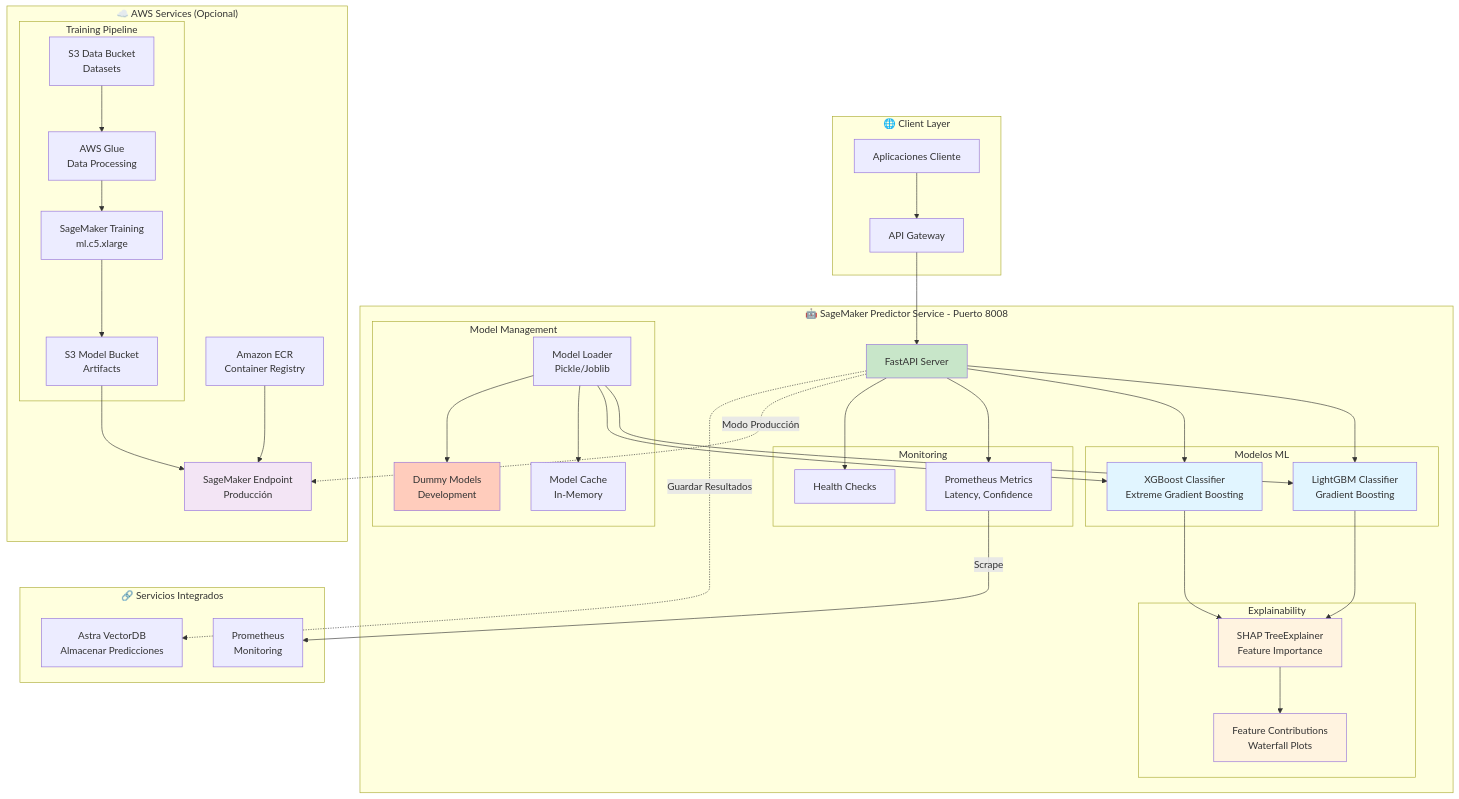
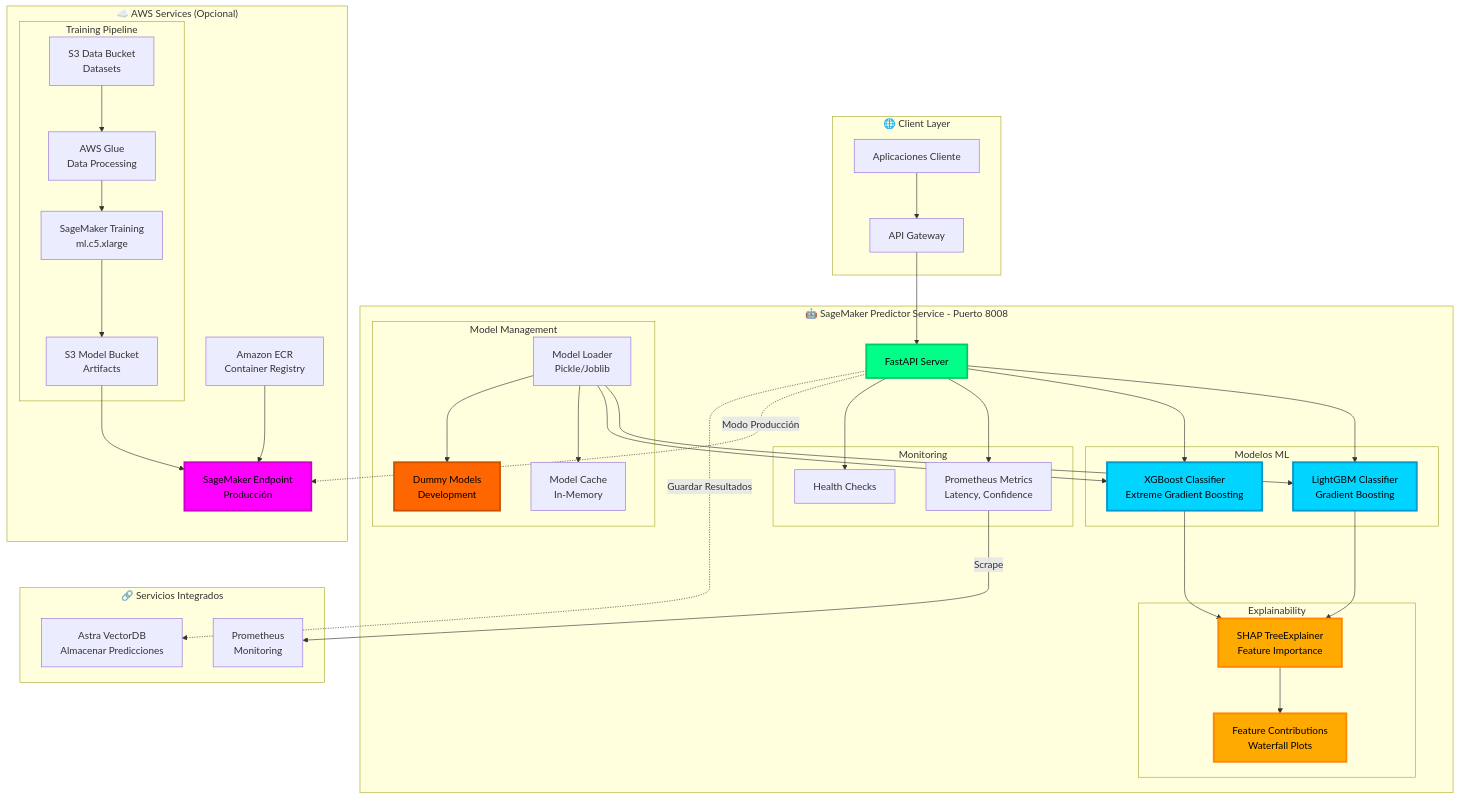
The eighth of 9 diagrams in README.md (rjamoriz/Sistema-Corporativo-Documental-con-Capacidades-de-IA), drawn with Mermaid before and after one commit. The commit also changed other lines of this file, not shown here.

Commit message:
style: Actualizar colores de diagramas Mermaid a colores mucho más vivos y vibrantes con bordes

````diff
--- a/README.md
+++ b/README.md
@@ -857,11 +857,11 @@
     FASTAPI -.->|Guardar Resultados| ASTRA_DB
     PROM_M -->|Scrape| PROMETHEUS
     
-    style LGBM fill:#e1f5ff
-    style XGB fill:#e1f5ff
-    style SHAP fill:#fff3e0
-    style CONTRIB fill:#fff3e0
-    style SM_ENDPOINT fill:#f3e5f5
-    style FASTAPI fill:#c8e6c9
-    style DUMMY fill:#ffccbc
+    style LGBM fill:#00d4ff,stroke:#0099cc,stroke-width:3px,color:#000
+    style XGB fill:#00d4ff,stroke:#0099cc,stroke-width:3px,color:#000
+    style SHAP fill:#ffaa00,stroke:#ff8800,stroke-width:3px,color:#000
+    style CONTRIB fill:#ffaa00,stroke:#ff8800,stroke-width:3px,color:#000
+    style SM_ENDPOINT fill:#ff00ff,stroke:#cc00cc,stroke-width:3px,color:#000
+    style FASTAPI fill:#00ff88,stroke:#00cc66,stroke-width:3px,color:#000
+    style DUMMY fill:#ff6600,stroke:#cc5200,stroke-width:3px,color:#000
 ```
````
